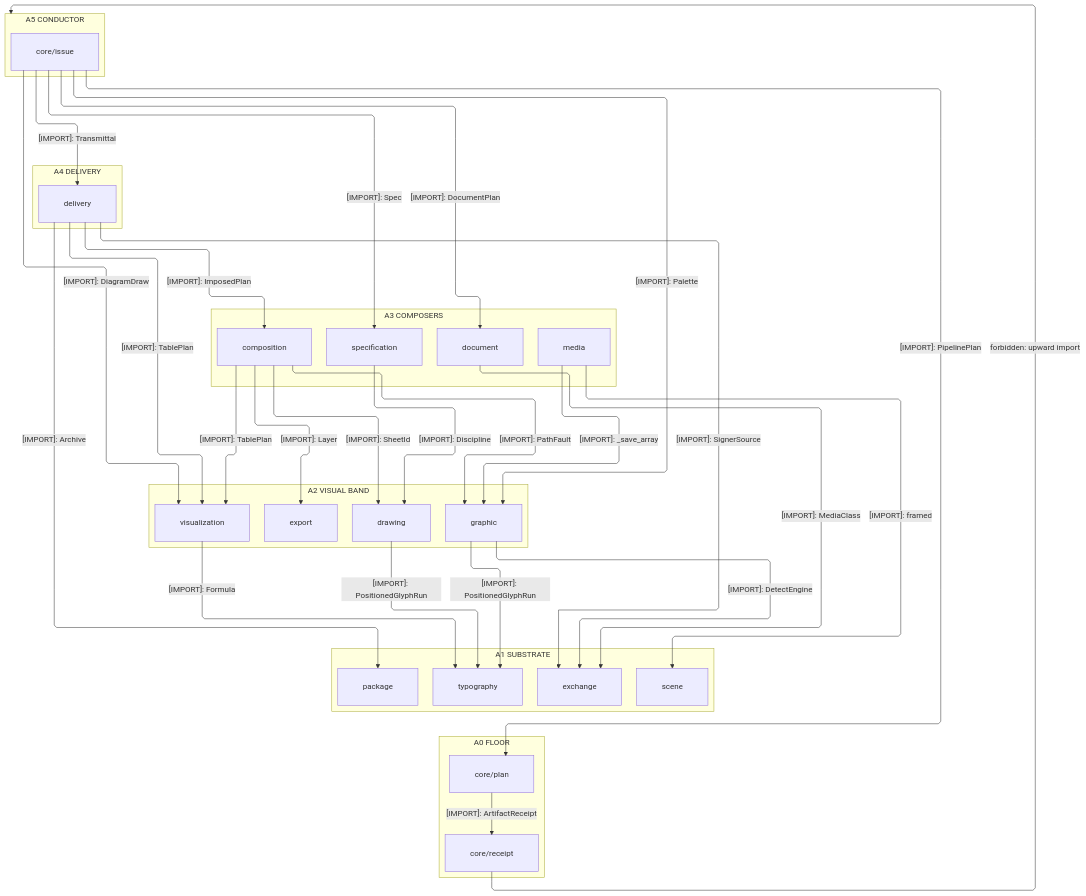
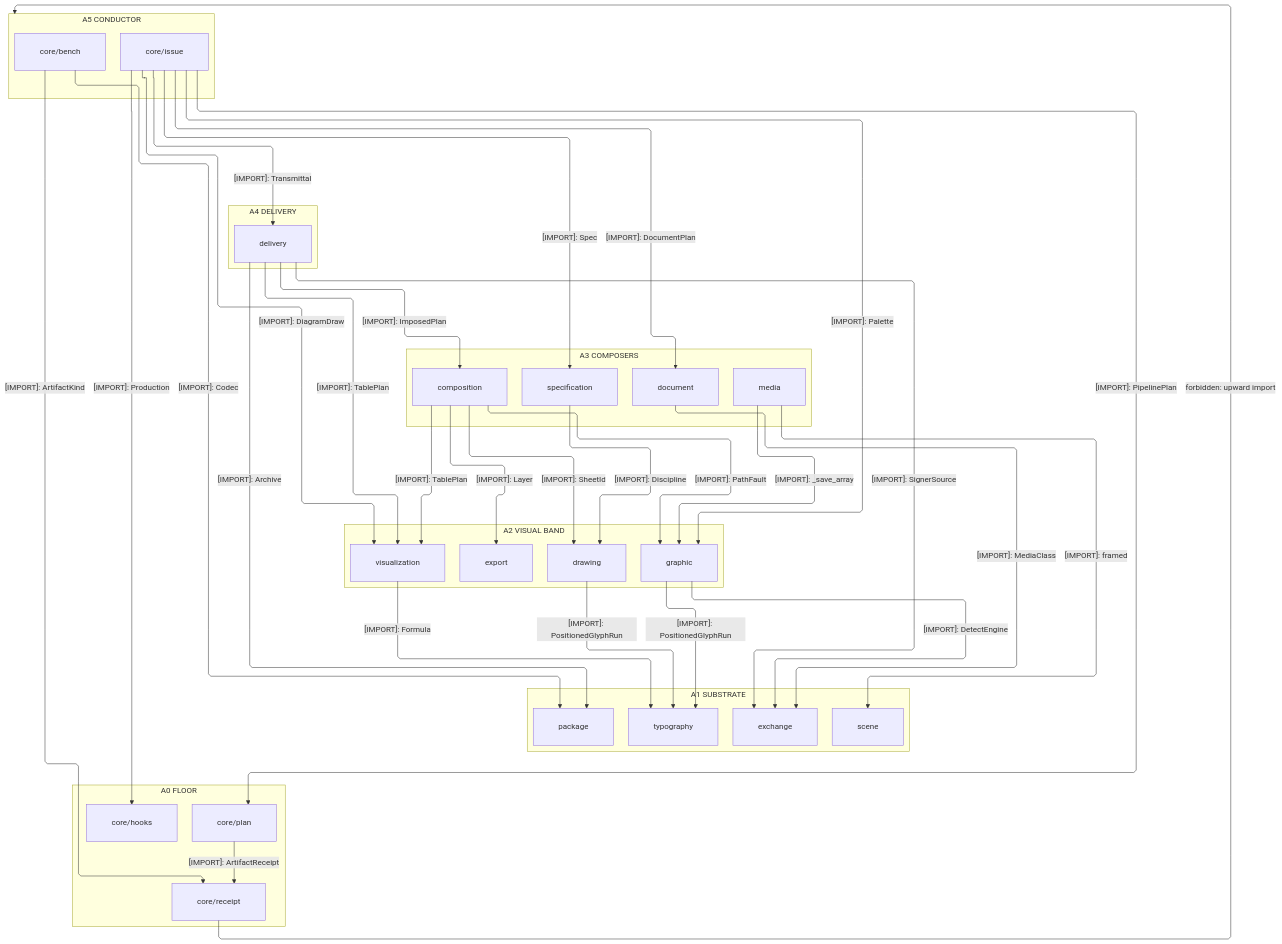
Before and after one commit to bsamiee/Rasm: the third of 3 diagrams in libs/python/artifacts/ARCHITECTURE.md, drawn with Mermaid. The commit also changed other lines of this file and 195 other files, not shown here.

````diff
--- a/libs/python/artifacts/ARCHITECTURE.md
+++ b/libs/python/artifacts/ARCHITECTURE.md
@@ -182,65 +186,70 @@
 ```mermaid
 ---
 config:
   layout: elk
   flowchart:
     curve: linear
     padding: 25
 ---
 flowchart TB
     accTitle: Artifacts interior import strata
     accDescr: Six import strata — the issue conductor over delivery over the composer planes over the visual band over the substrate onto the plan-receipt floor — each labeled downward edge naming its one sourced type, the universal floor rung absorbed to prose, and one edge marking the forbidden upward import.
     subgraph A5["A5 CONDUCTOR"]
         Issue[core/issue]
+        Bench[core/bench]
     end
     subgraph A4["A4 DELIVERY"]
         Delivery[delivery]
     end
     subgraph A3["A3 COMPOSERS"]
         Media[media]
         Document[document]
         Composition[composition]
         Specification[specification]
     end
     subgraph A2["A2 VISUAL BAND"]
         Graphic[graphic]
         Visualization[visualization]
         Drawing[drawing]
         Export[export]
     end
     subgraph A1["A1 SUBSTRATE"]
         Scene[scene]
         Typography[typography]
         Exchange[exchange]
         Package[package]
     end
     subgraph A0["A0 FLOOR"]
         Plan[core/plan]
         Receipt[core/receipt]
+        Hooks[core/hooks]
     end
     Issue s1@-->|"[IMPORT]: Transmittal"| Delivery
     Issue s2@-->|"[IMPORT]: DocumentPlan"| Document
     Issue s3@-->|"[IMPORT]: Spec"| Specification
     Issue s4@-->|"[IMPORT]: DiagramDraw"| Visualization
     Issue s5@-->|"[IMPORT]: Palette"| Graphic
     Issue s6@-->|"[IMPORT]: PipelinePlan"| Plan
     Delivery s7@-->|"[IMPORT]: ImposedPlan"| Composition
     Delivery s8@-->|"[IMPORT]: SignerSource"| Exchange
     Delivery s9@-->|"[IMPORT]: Archive"| Package
     Delivery s10@-->|"[IMPORT]: TablePlan"| Visualization
     Composition s11@-->|"[IMPORT]: Layer"| Export
     Composition s12@-->|"[IMPORT]: SheetId"| Drawing
     Composition s13@-->|"[IMPORT]: PathFault"| Graphic
     Composition s14@-->|"[IMPORT]: TablePlan"| Visualization
     Specification s15@-->|"[IMPORT]: Discipline"| Drawing
     Document s16@-->|"[IMPORT]: MediaClass"| Exchange
     Media s17@-->|"[IMPORT]: framed"| Scene
     Media s18@-->|"[IMPORT]: _save_array"| Graphic
     Graphic s19@-->|"[IMPORT]: PositionedGlyphRun"| Typography
     Graphic s20@-->|"[IMPORT]: DetectEngine"| Exchange
     Drawing s21@-->|"[IMPORT]: PositionedGlyphRun"| Typography
     Visualization s22@-->|"[IMPORT]: Formula"| Typography
     Plan s23@-->|"[IMPORT]: ArtifactReceipt"| Receipt
+    Issue s24@-->|"[IMPORT]: Production"| Hooks
+    Bench s25@-->|"[IMPORT]: Codec"| Package
+    Bench s26@-->|"[IMPORT]: ArtifactKind"| Receipt
     Typography ~~~ Plan
     Receipt f1@-->|"forbidden: upward import"| A5
 ```
````
